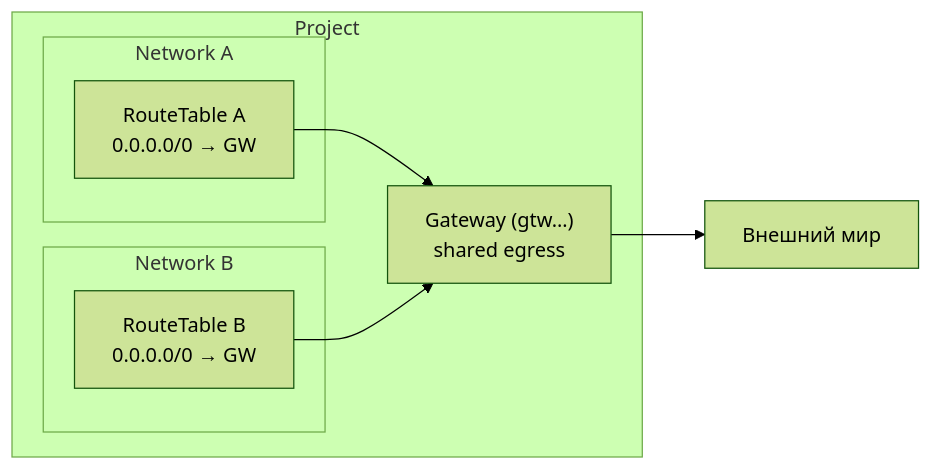
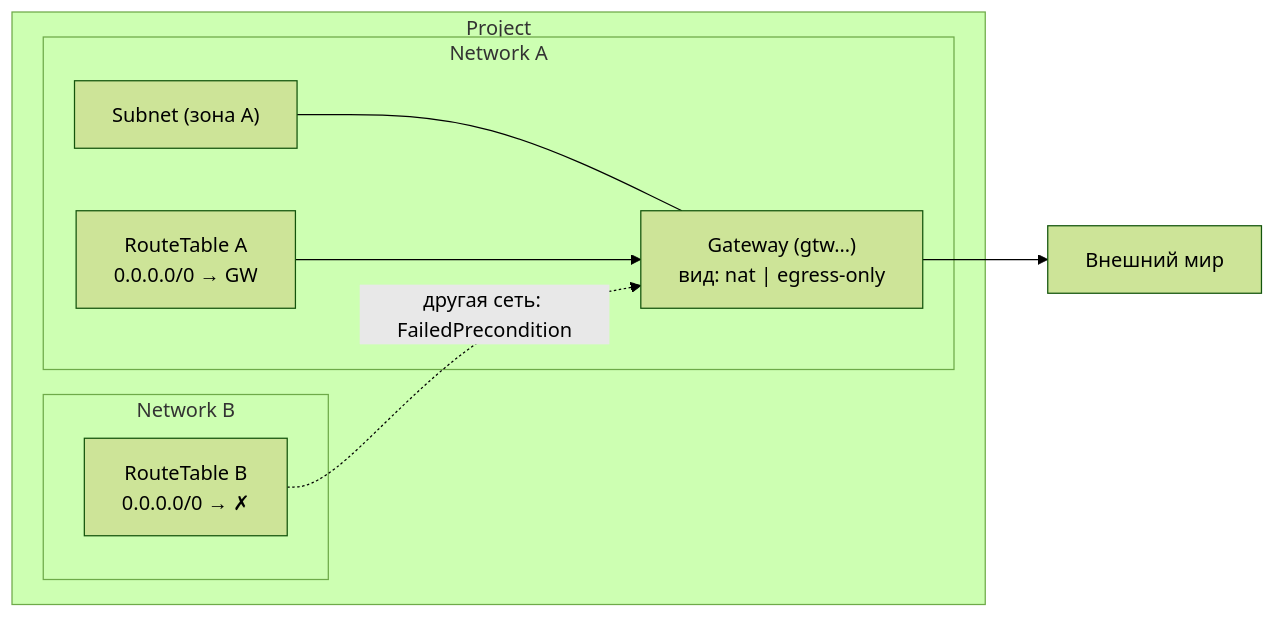
The diagram in services/vpc/docs/content/api/gateway.mdx (PRO-Robotech/kacho), drawn with Mermaid (forest theme) before and after one commit. The commit also changed other lines of this file and 72 other files, not shown here.

````diff
--- a/services/vpc/docs/content/api/gateway.mdx
+++ b/services/vpc/docs/content/api/gateway.mdx
@@ -70,15 +77,17 @@
 ```mermaid
 flowchart LR
   subgraph project["Project"]
-    GW["Gateway (gtw…)\nshared egress"]
     subgraph netA["Network A"]
+      SUB["Subnet (зона A)"]
+      GW["Gateway (gtw…)\nвид: nat | egress-only"]
       RTa["RouteTable A\n0.0.0.0/0 → GW"]
     end
     subgraph netB["Network B"]
-      RTb["RouteTable B\n0.0.0.0/0 → GW"]
+      RTb["RouteTable B\n0.0.0.0/0 → ✗"]
     end
   end
+  SUB --- GW
   RTa --> GW
-  RTb --> GW
+  RTb -.->|"другая сеть: FailedPrecondition"| GW
   GW --> Internet["Внешний мир"]
 ```
````
